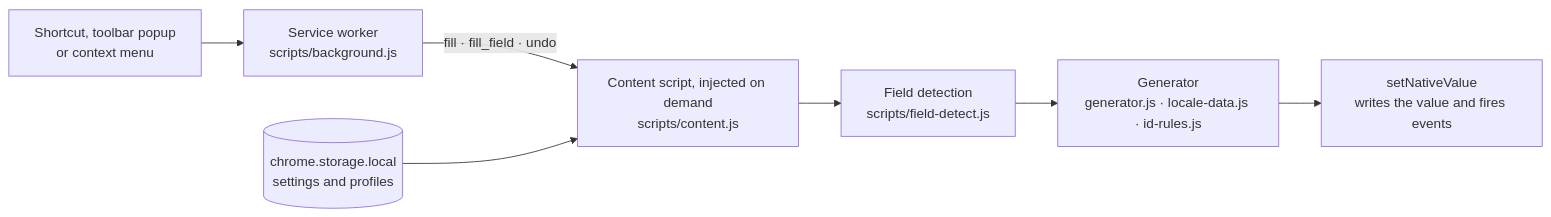
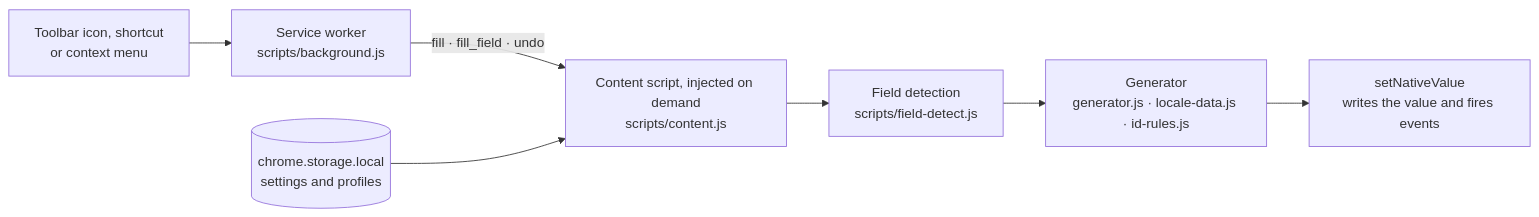
The diagram in README.md (kilicberkay/FillHub), drawn with Mermaid before and after one commit. The commit also changed other lines of this file and 52 other files, not shown here.

Commit message:
1.4.1: fill from the toolbar icon, remove the popup

````diff
--- a/README.md
+++ b/README.md
@@ -244,9 +246,9 @@
 ```mermaid
 flowchart LR
-    A["Shortcut, toolbar popup<br/>or context menu"] --> B["Service worker<br/>scripts/background.js"]
+    A["Toolbar icon, shortcut<br/>or context menu"] --> B["Service worker<br/>scripts/background.js"]
     B -->|"fill · fill_field · undo"| C["Content script, injected on demand<br/>scripts/content.js"]
     S[("chrome.storage.local<br/>settings and profiles")] --> C
     C --> D["Field detection<br/>scripts/field-detect.js"]
     D --> E["Generator<br/>generator.js · locale-data.js · id-rules.js"]
     E --> F["setNativeValue<br/>writes the value and fires events"]
 ```
````
